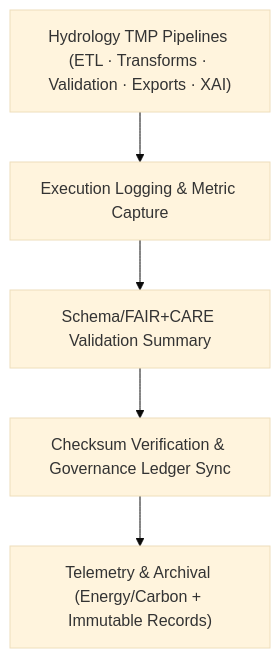
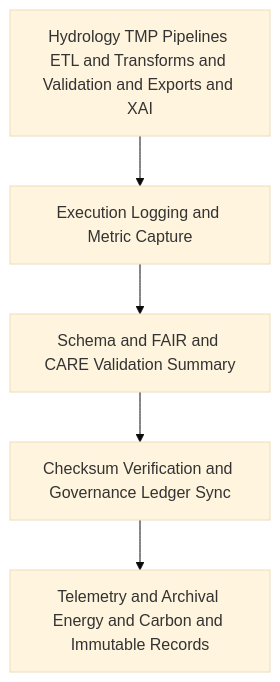
Before and after one commit to bartytime4life/Kansas-Frontier-Matrix: the diagram in data/work/tmp/hydrology/logs/README.md, drawn with Mermaid (base theme). The commit also changed other lines of this file, not shown here.

First line of the commit message:
Upgrade README to v10.0.0 with enhanced logging details

````diff
--- a/data/work/tmp/hydrology/logs/README.md
+++ b/data/work/tmp/hydrology/logs/README.md
@@ -66,8 +70,8 @@
 ```mermaid
 flowchart TD
-    A["Hydrology TMP Pipelines (ETL · Transforms · Validation · Exports · XAI)"]
-      --> B["Execution Logging & Metric Capture"]
-      --> C["Schema/FAIR+CARE Validation Summary"]
-      --> D["Checksum Verification & Governance Ledger Sync"]
-      --> E["Telemetry & Archival (Energy/Carbon + Immutable Records)"]
+    A["Hydrology TMP Pipelines ETL and Transforms and Validation and Exports and XAI"]
+      --> B["Execution Logging and Metric Capture"]
+      --> C["Schema and FAIR and CARE Validation Summary"]
+      --> D["Checksum Verification and Governance Ledger Sync"]
+      --> E["Telemetry and Archival Energy and Carbon and Immutable Records"]
 ```
````
